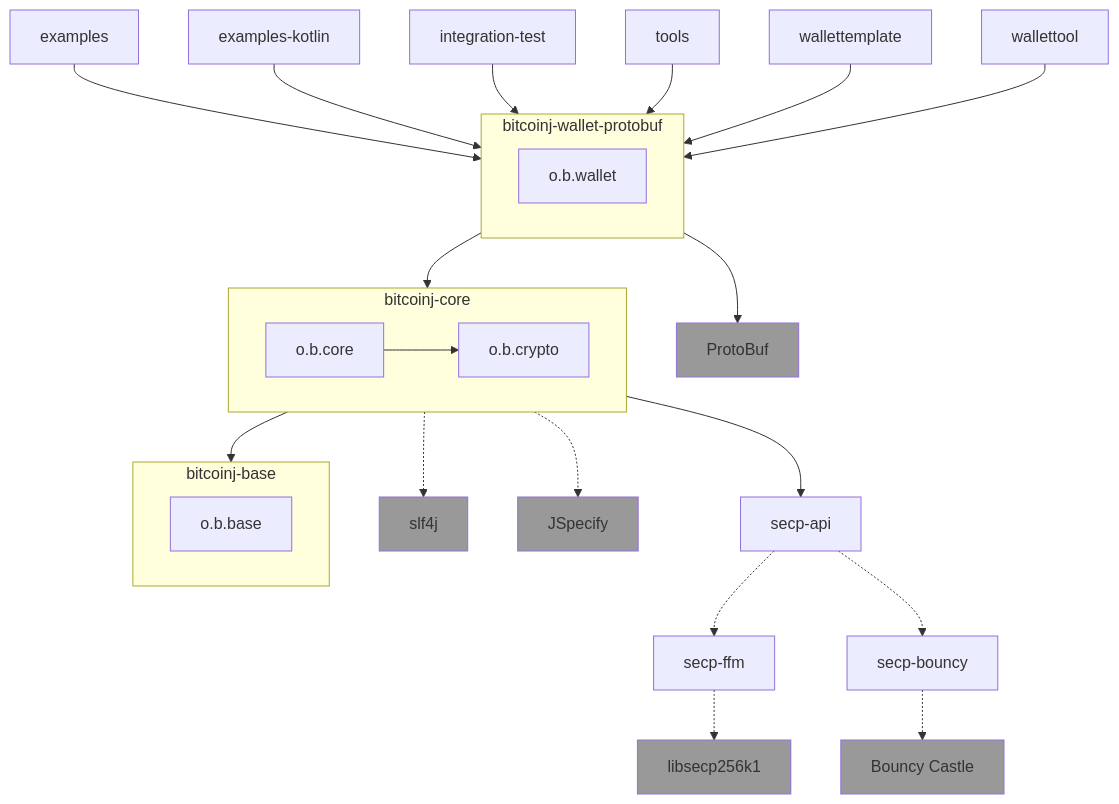
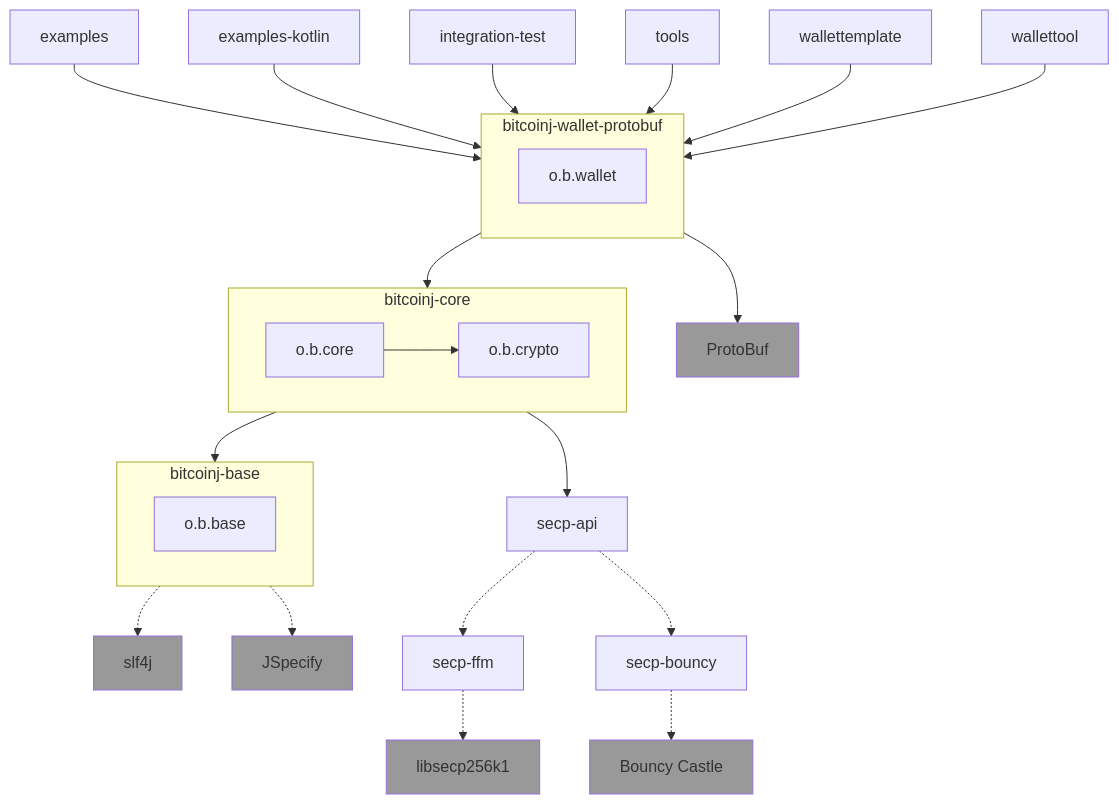
The fourth of 4 diagrams in designdocs/modular-architecture.md (bitcoinj/bitcoinj), drawn with Mermaid before and after one commit. The commit also changed other lines of this file, not shown here.

Commit message:
modular-architecture.md: show SLF4J and JSpecify as dependencies of base
This is just a informational change. In the interest of keeping
the diagram simple, I have not been showing multiple links to minor direct
dependencies. But this change chooses to display SLF4J & JSpecify as
direct dependencies of `base`. This makes it more clear that
`base`, `core` and `wallet` all will depend on them. The diagram
still "lies" a little bit in not showing that they are also direct
dependencies, but I think that is an acceptable tradeoff for a diagram
that is easier to read.

`````diff
--- a/designdocs/modular-architecture.md
+++ b/designdocs/modular-architecture.md
@@ -109,31 +109,31 @@
 ````mermaid
 flowchart TD
     E[examples] --> WALLET
     EK[examples-kotlin] --> WALLET
     IT[integration-test] --> WALLET
     T[tools] --> WALLET
     FX[wallettemplate] --> WALLET
     WT[wallettool] --> WALLET
     subgraph WALLET [bitcoinj-wallet-protobuf]
         W[o.b.wallet]
     end
     WALLET --> CORE
     WALLET --> P[ProtoBuf]
     subgraph CORE [bitcoinj-core]
         CO[o.b.core] --> CR[o.b.crypto]
     end
     CORE --> BASE
-    CORE .-> S[slf4j]
-    CORE .-> JS[JSpecify]
     CORE --> SECP
+    BASE .-> S[slf4j]
+    BASE .-> JS[JSpecify]
     SECP[secp-api] .-> SECPFFM[secp-ffm]
     SECP .-> SECPBOUNCY[secp-bouncy]
     SECPBOUNCY .-> BC[Bouncy Castle]
     SECPFFM .-> LP[libsecp256k1]
     subgraph BASE [bitcoinj-base]
         B[o.b.base]
     end
 
 classDef external fill:#999;
 class G,S,JS,BC,LP,P external;
 ````
`````
